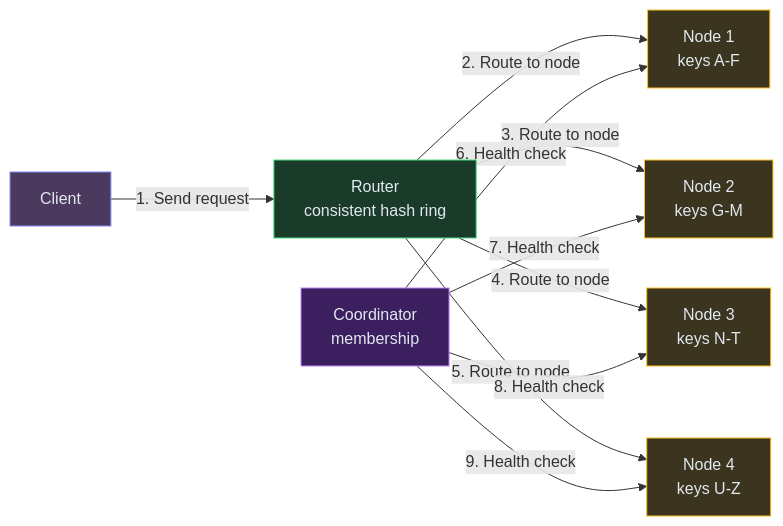
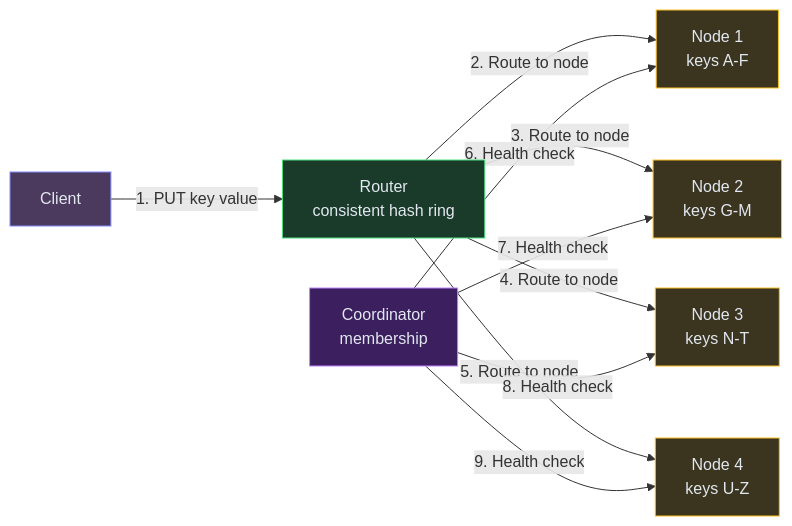
One commit to iluzn/HLD-Designs changed the second of 10 diagrams in content/hld/KeyValueStore.md. Above: the diagram before and after it, drawn with Mermaid. The commit also changed other lines of this file and 27 other files, not shown here.

````diff
--- a/content/hld/KeyValueStore.md
+++ b/content/hld/KeyValueStore.md
@@ -162,25 +162,25 @@
 ```mermaid
 flowchart LR
     C["Client"]:::client
     R["Router<br/>consistent hash ring"]:::service
     N1["Node 1<br/>keys A-F"]:::data
     N2["Node 2<br/>keys G-M"]:::data
     N3["Node 3<br/>keys N-T"]:::data
     N4["Node 4<br/>keys U-Z"]:::data
     COORD["Coordinator<br/>membership"]:::async
 
-    C -->|"1. Send request"| R
+    C -->|"1. PUT key value"| R
     R -->|"2. Route to node"| N1
     R -->|"3. Route to node"| N2
     R -->|"4. Route to node"| N3
     R -->|"5. Route to node"| N4
     COORD -->|"6. Health check"| N1
     COORD -->|"7. Health check"| N2
     COORD -->|"8. Health check"| N3
     COORD -->|"9. Health check"| N4
 
     classDef client fill:#4c3a5e,stroke:#818cf8,color:#e2e8f0
     classDef service fill:#1a3a2a,stroke:#4ade80,color:#e2e8f0
     classDef data fill:#3b3520,stroke:#fbbf24,color:#e2e8f0
     classDef async fill:#3b1f5e,stroke:#c084fc,color:#e2e8f0
 ```
````
